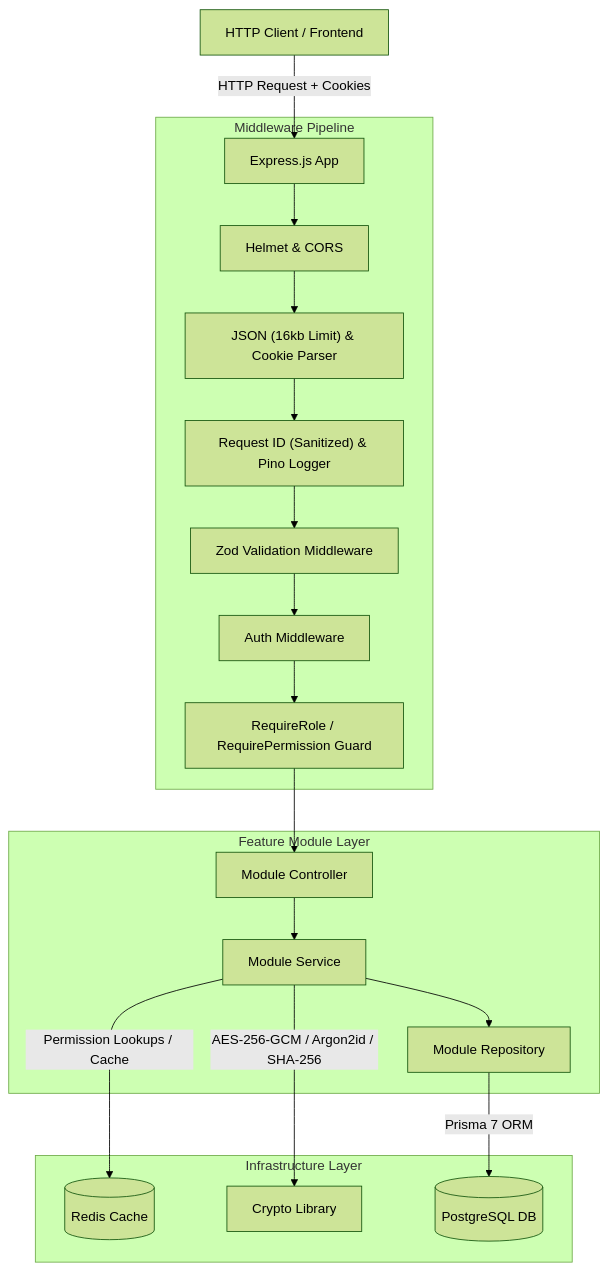
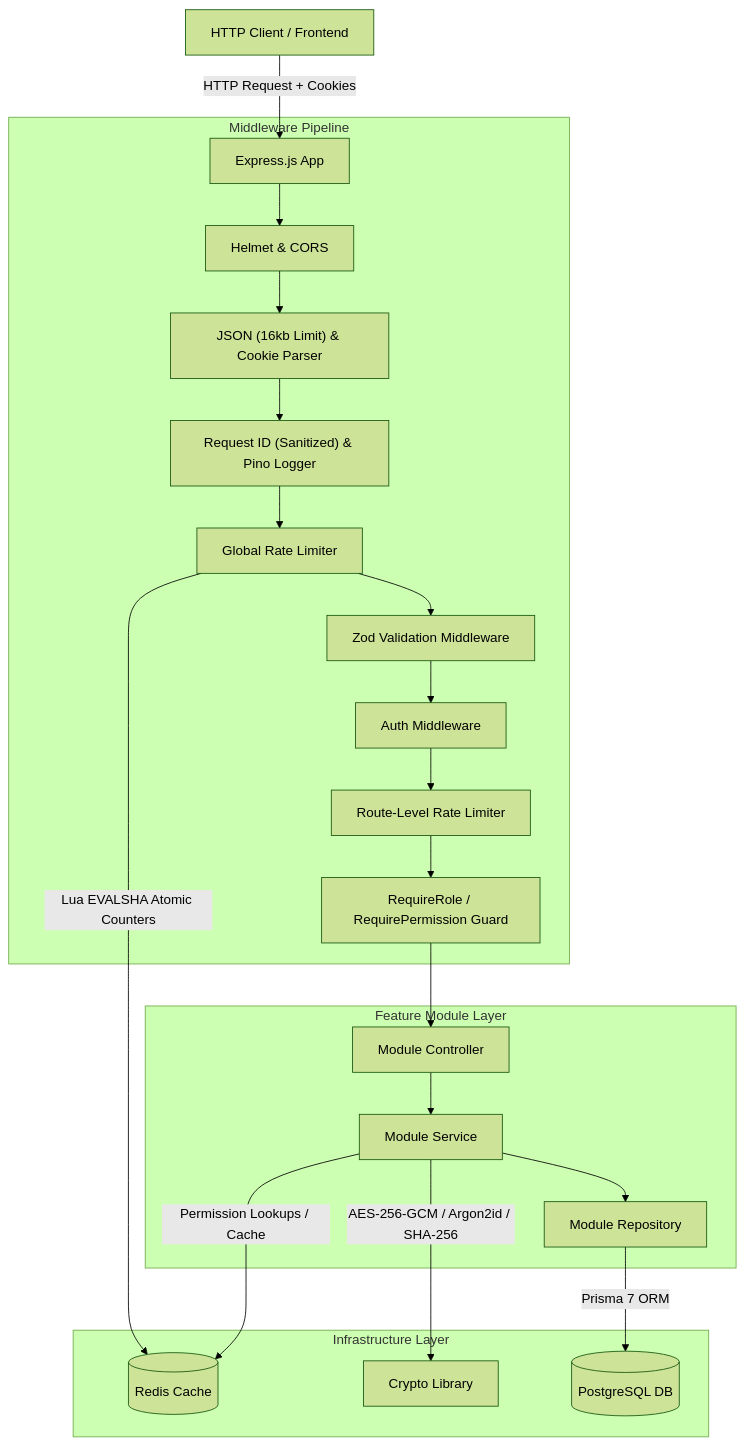
One commit to utkarshj014/authsphere changed the first of 5 diagrams in docs/ARCHITECTURE.md. Above: the diagram before and after it, drawn with Mermaid (forest theme). The commit also changed other lines of this file and 1 other file, not shown here.

````diff
--- a/docs/ARCHITECTURE.md
+++ b/docs/ARCHITECTURE.md
@@ -35,25 +35,28 @@
 ```mermaid
 graph TD
     Client["HTTP Client / Frontend"] -->|HTTP Request + Cookies| Express["Express.js App"]
 
     subgraph Middleware Pipeline
         Express --> Helmet["Helmet & CORS"]
         Helmet --> BodyParser["JSON (16kb Limit) & Cookie Parser"]
         BodyParser --> ReqID["Request ID (Sanitized) & Pino Logger"]
-        ReqID --> Validate["Zod Validation Middleware"]
+        ReqID --> RateLimiter["Global Rate Limiter"]
+        RateLimiter --> Validate["Zod Validation Middleware"]
         Validate --> AuthGuard["Auth Middleware"]
-        AuthGuard --> PermissionGuard["RequireRole / RequirePermission Guard"]
+        AuthGuard --> RouteRL["Route-Level Rate Limiter"]
+        RouteRL --> PermissionGuard["RequireRole / RequirePermission Guard"]
     end
 
     subgraph Feature Module Layer
         PermissionGuard --> Controller["Module Controller"]
         Controller --> Service["Module Service"]
         Service --> Repository["Module Repository"]
     end
 
     subgraph Infrastructure Layer
-        Service -->|Permission Lookups / Cache| Redis[("Redis Cache")]
+        RateLimiter -->|Lua EVALSHA Atomic Counters| Redis[("Redis Cache")]
+        Service -->|Permission Lookups / Cache| Redis
         Service -->|AES-256-GCM / Argon2id / SHA-256| CryptoLib["Crypto Library"]
         Repository -->|Prisma 7 ORM| Postgres[("PostgreSQL DB")]
     end
 ```
````
